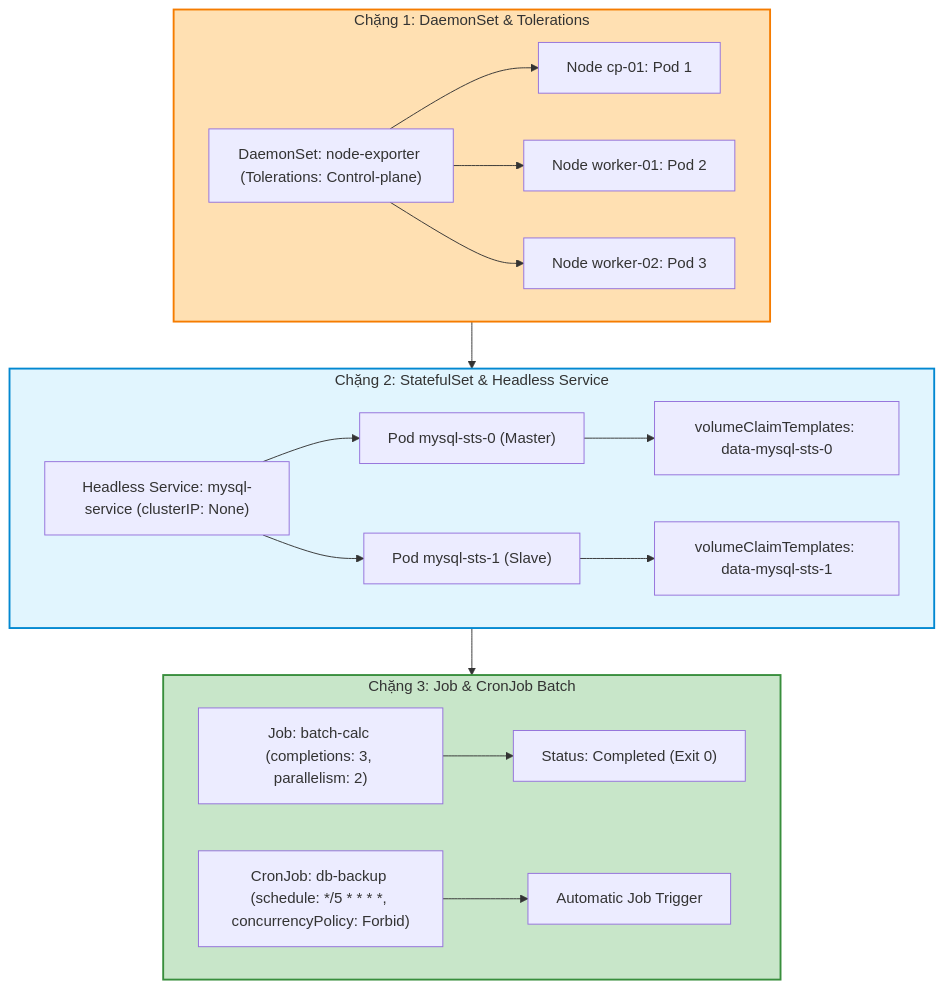
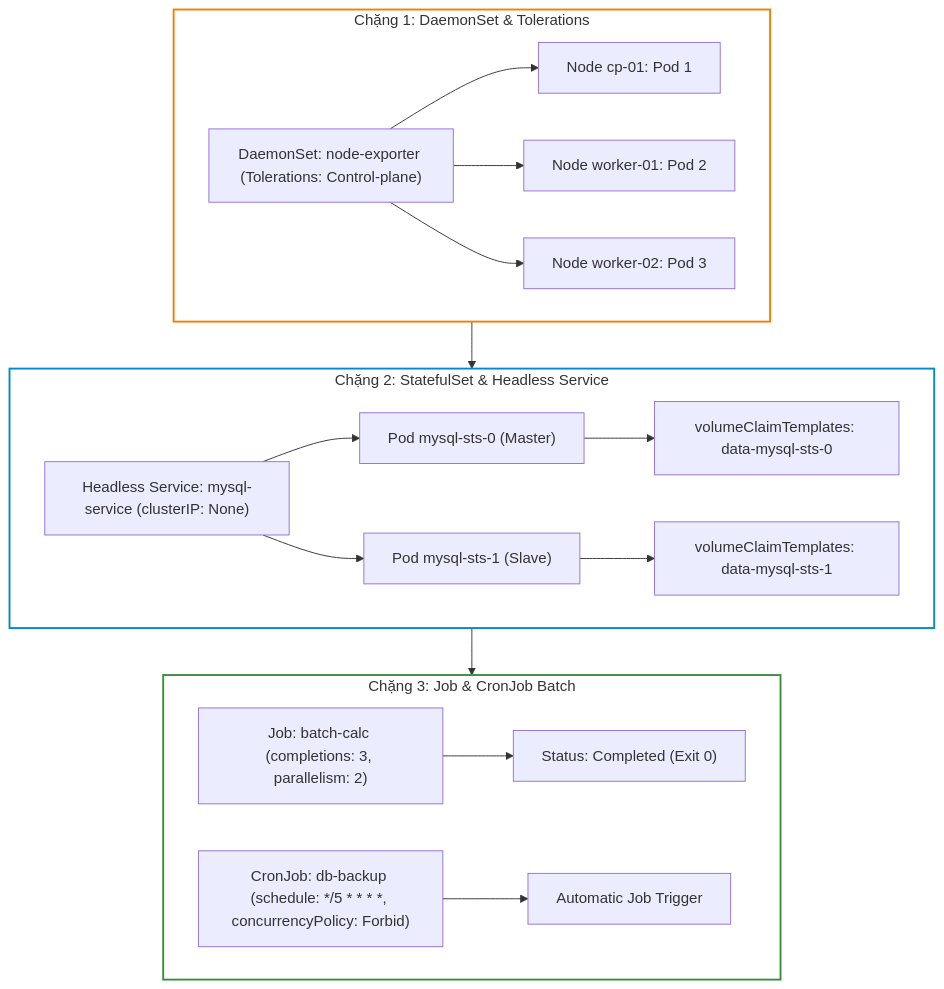
The third of 3 diagrams in _posts/2026-09-12-cka-16-16-daemonset-statefulset-job.md (kiennt308/ntk), drawn with Mermaid before and after one commit. The commit also changed other lines of this file and 207 other files, not shown here.

Commit message:
feat(posts): batch standardize all 208 posts with TL;DR, qa-card accordion, fill:none mermaid, and liquid raw wrappers

````diff
--- a/_posts/2026-09-12-cka-16-16-daemonset-statefulset-job.md
+++ b/_posts/2026-09-12-cka-16-16-daemonset-statefulset-job.md
@@ -527,26 +531,26 @@
 ```mermaid
 graph TD
     subgraph DS_Lab ["Chặng 1: DaemonSet & Tolerations"]
         DS["DaemonSet: node-exporter (Tolerations: Control-plane)"] --> NODE1["Node cp-01: Pod 1"]
         DS --> NODE2["Node worker-01: Pod 2"]
         DS --> NODE3["Node worker-02: Pod 3"]
     end
 
     subgraph STS_Lab ["Chặng 2: StatefulSet & Headless Service"]
         HS["Headless Service: mysql-service (clusterIP: None)"] --> POD0["Pod mysql-sts-0 (Master)"]
         HS --> POD1["Pod mysql-sts-1 (Slave)"]
         POD0 --> PVC0["volumeClaimTemplates: data-mysql-sts-0"]
         POD1 --> PVC1["volumeClaimTemplates: data-mysql-sts-1"]
     end
 
     subgraph Batch_Lab ["Chặng 3: Job & CronJob Batch"]
         JOB["Job: batch-calc (completions: 3, parallelism: 2)"] --> COMPLETED["Status: Completed (Exit 0)"]
         CRON["CronJob: db-backup (schedule: */5 * * * *, concurrencyPolicy: Forbid)"] --> AUTO_JOB["Automatic Job Trigger"]
     end
 
     DS_Lab --> STS_Lab --> Batch_Lab
 
-    style DS_Lab fill:#ffe0b2,stroke:#f57c00,stroke-width:2px
-    style STS_Lab fill:#e1f5fe,stroke:#0288d1,stroke-width:2px
-    style Batch_Lab fill:#c8e6c9,stroke:#388e3c,stroke-width:2px
+    style DS_Lab fill:none,stroke:#f57c00,stroke-width:2px
+    style STS_Lab fill:none,stroke:#0288d1,stroke-width:2px
+    style Batch_Lab fill:none,stroke:#388e3c,stroke-width:2px
 ```
````
